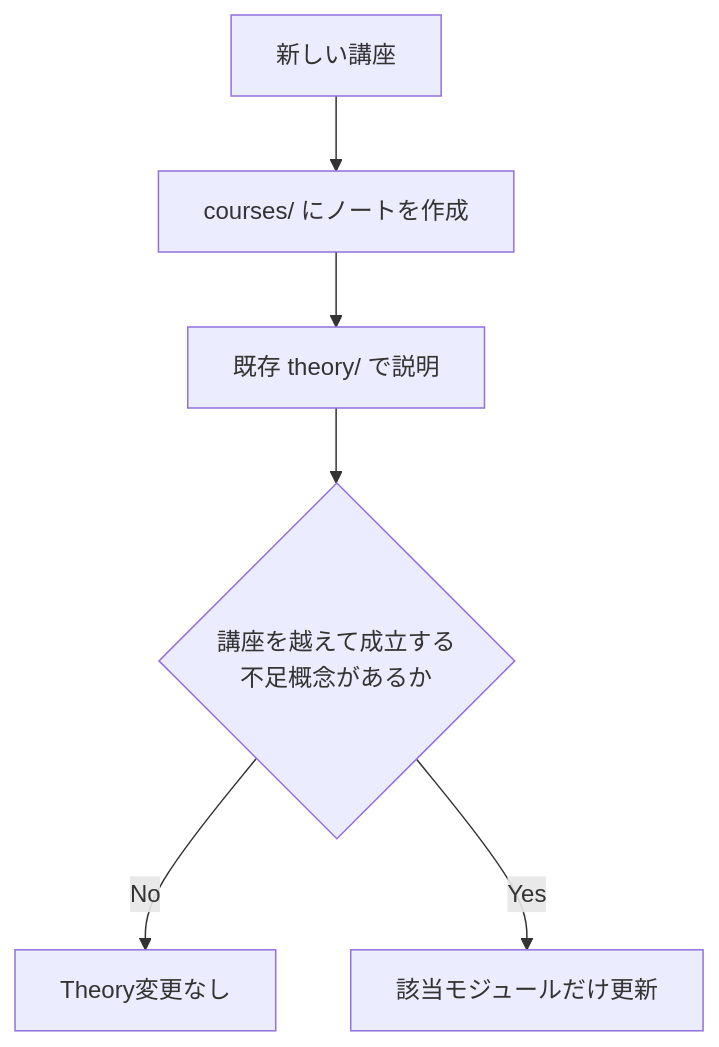
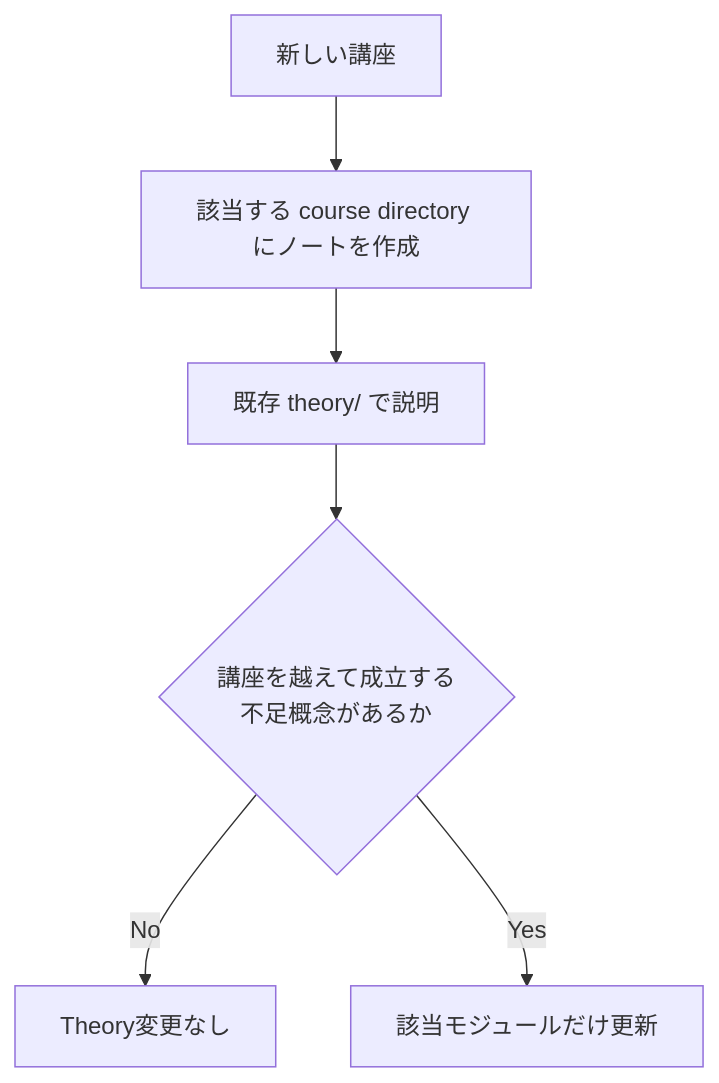
One commit to niikei/accounting-state-model changed the third of 3 diagrams in README.md. Above: the diagram before and after it, drawn with Mermaid. The commit also changed other lines of this file and 15 other files, not shown here.

````diff
--- a/README.md
+++ b/README.md
@@ -94,13 +96,13 @@
 ```mermaid
 flowchart TD
     C["新しい講座"]
-    N["courses/ にノートを作成"]
+    N["該当する course directory にノートを作成"]
     T["既存 theory/ で説明"]
     Q{"講座を越えて成立する<br/>不足概念があるか"}
     KEEP["Theory変更なし"]
     UPDATE["該当モジュールだけ更新"]
 
     C --> N --> T --> Q
     Q -->|"No"| KEEP
     Q -->|"Yes"| UPDATE
 ```
````
